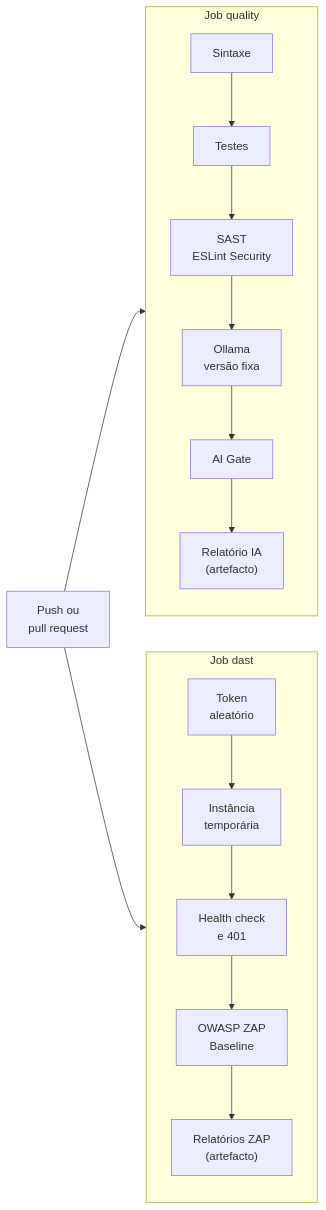
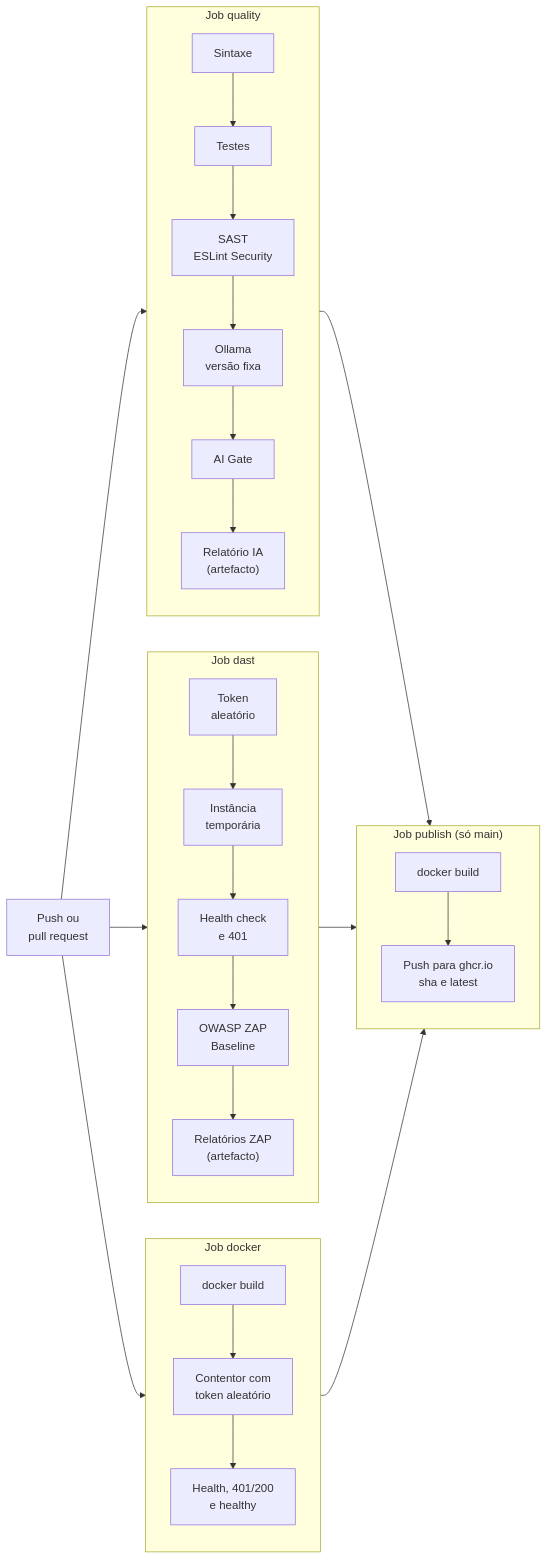
Before and after one commit to Simao-PB/TaskFlow-XOps: the fifth of 5 diagrams in docs/arquitetura.md, drawn with Mermaid. The commit also changed other lines of this file and 2 other files, not shown here.

First line of the commit message:
Sprint 5 - S5-2 Documentar a entrega continua com Docker (SCRUM-41)

````diff
--- a/docs/arquitetura.md
+++ b/docs/arquitetura.md
@@ -133,15 +133,31 @@
 ```mermaid
 flowchart LR
     G["Push ou<br/>pull request"] --> Q
     G --> DA
 
     subgraph Q["Job quality"]
         direction TB
         Q1["Sintaxe"] --> Q2["Testes"] --> Q3["SAST<br/>ESLint Security"] --> Q4["Ollama<br/>versão fixa"] --> Q5["AI Gate"] --> Q6["Relatório IA<br/>(artefacto)"]
     end
 
     subgraph DA["Job dast"]
         direction TB
         D1["Token<br/>aleatório"] --> D2["Instância<br/>temporária"] --> D3["Health check<br/>e 401"] --> D4["OWASP ZAP<br/>Baseline"] --> D5["Relatórios ZAP<br/>(artefacto)"]
     end
+
+    G --> DK
+
+    subgraph DK["Job docker"]
+        direction TB
+        K1["docker build"] --> K2["Contentor com<br/>token aleatório"] --> K3["Health, 401/200<br/>e healthy"]
+    end
+
+    Q --> P
+    DA --> P
+    DK --> P
+
+    subgraph P["Job publish (só main)"]
+        direction TB
+        P1["docker build"] --> P2["Push para ghcr.io<br/>sha e latest"]
+    end
 ```
````
